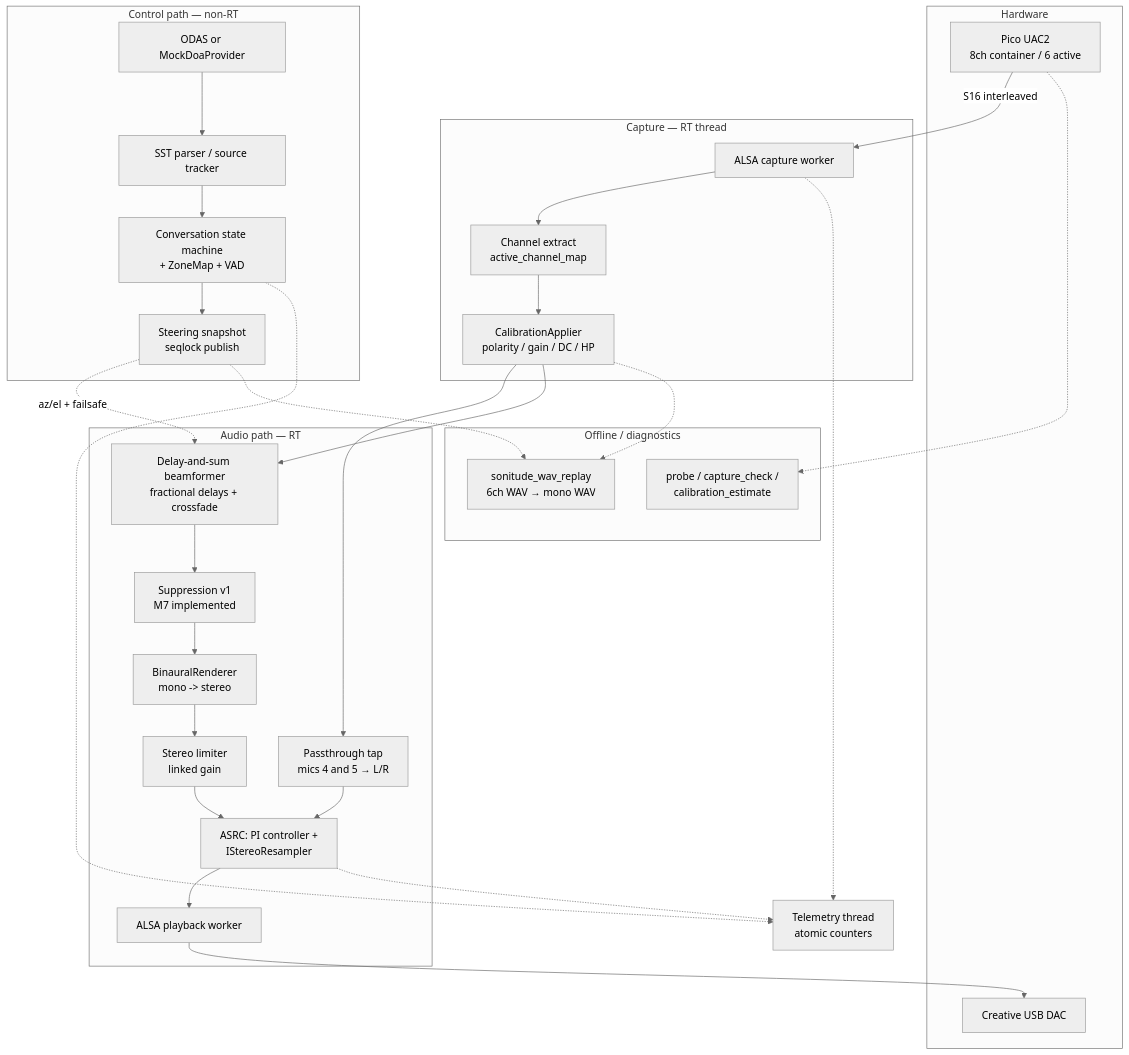
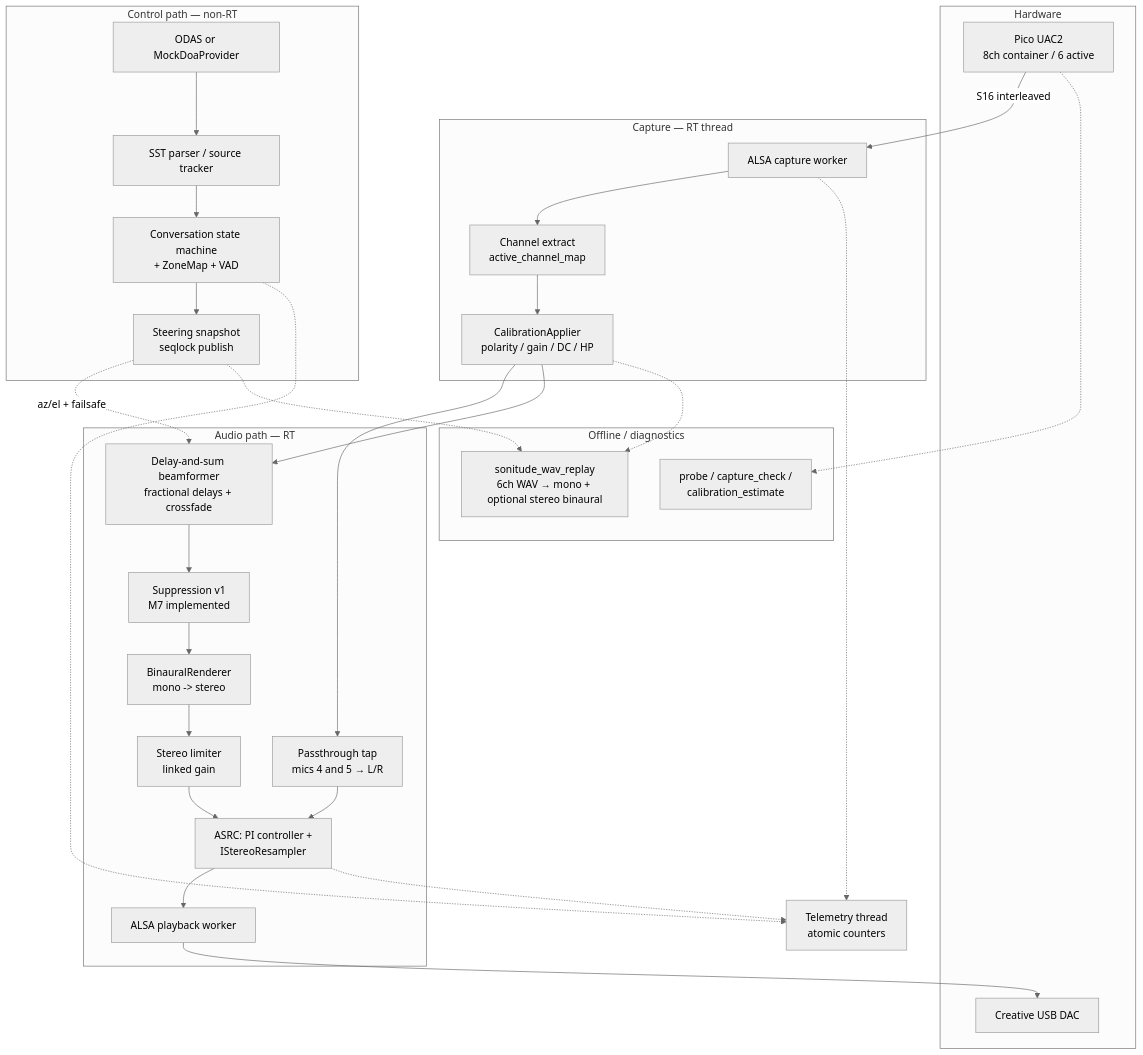
Before and after one commit to derraan/Sonitude: the diagram in README.md, drawn with Mermaid (neutral theme). The commit also changed other lines of this file and 5 other files, not shown here.

````diff
--- a/README.md
+++ b/README.md
@@ -9,56 +9,56 @@
 ```mermaid
 flowchart TB
     subgraph hw [Hardware]
         Pico["Pico UAC2\n8ch container / 6 active"]
         DAC["Creative USB DAC"]
     end
 
     subgraph capture [Capture — RT thread]
         AlsaCap["ALSA capture worker"]
         Extract["Channel extract\nactive_channel_map"]
         Cal["CalibrationApplier\npolarity / gain / DC / HP"]
     end
 
     subgraph audio [Audio path — RT]
         Passthrough["Passthrough tap\nmics 4 and 5 → L/R"]
         BF["Delay-and-sum beamformer\nfractional delays + crossfade"]
         Suppress["Suppression v1\nM7 implemented"]
         Binaural["BinauralRenderer\nmono -> stereo"]
         Limiter["Stereo limiter\nlinked gain"]
         Asrc["ASRC: PI controller +\nIStereoResampler"]
         AlsaPb["ALSA playback worker"]
     end
 
     subgraph control [Control path — non-RT]
         Odas["ODAS or MockDoaProvider"]
         Parser["SST parser / source tracker"]
         SM["Conversation state machine\n+ ZoneMap + VAD"]
         Snap["Steering snapshot\nseqlock publish"]
     end
 
     subgraph offline [Offline / diagnostics]
-        WavReplay["sonitude_wav_replay\n6ch WAV → mono WAV"]
+        WavReplay["sonitude_wav_replay\n6ch WAV → mono + optional stereo binaural"]
         Tools["probe / capture_check /\ncalibration_estimate"]
     end
 
     Telem["Telemetry thread\natomic counters"]
 
     Pico -->|"S16 interleaved"| AlsaCap
     AlsaCap --> Extract --> Cal
     Cal --> Passthrough
     Cal --> BF
     Snap -.->|"az/el + failsafe"| BF
     BF --> Suppress --> Binaural --> Limiter --> Asrc --> AlsaPb --> DAC
     Passthrough --> Asrc
 
     Odas --> Parser --> SM --> Snap
 
     Cal -.-> WavReplay
     Snap -.-> WavReplay
 
     AlsaCap -.-> Telem
     Asrc -.-> Telem
     SM -.-> Telem
 
     Pico -.-> Tools
 ```
````
